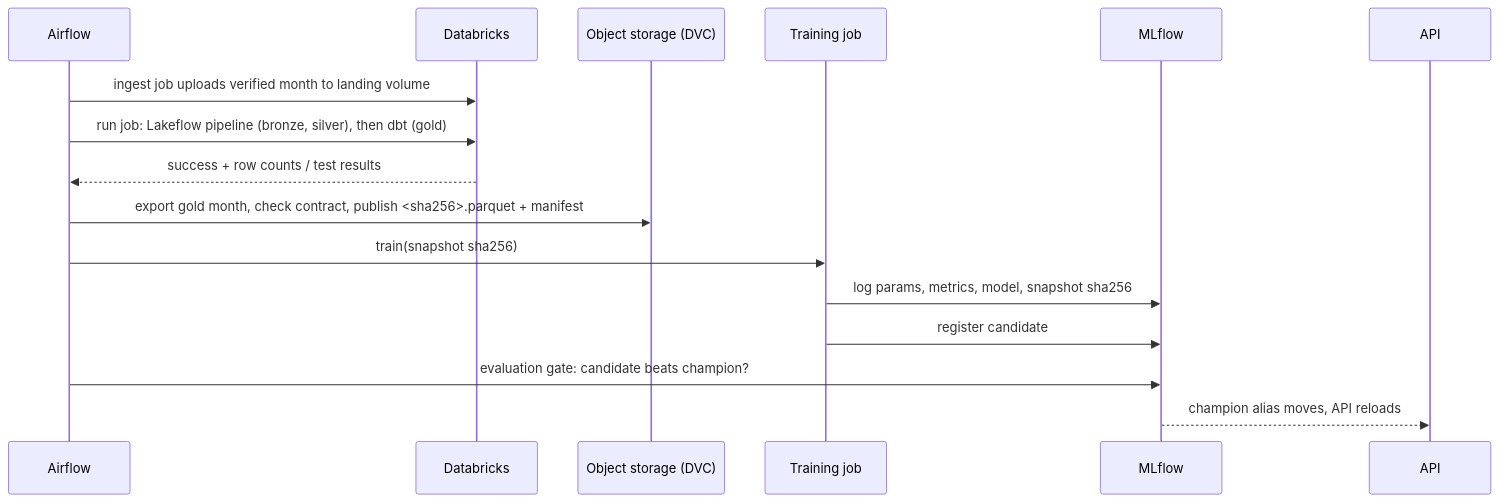
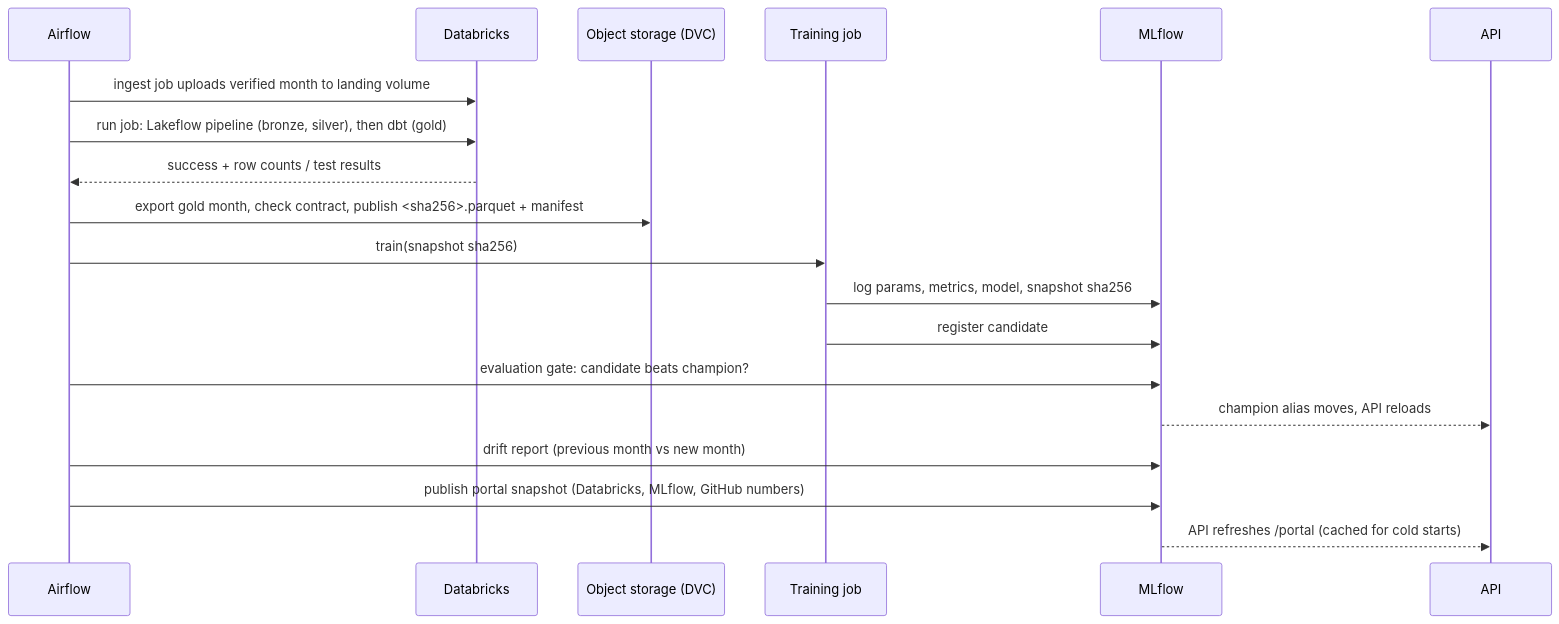
One commit to shadmanArko/nyc-taxi-lakehouse-mlops changed the diagram in docs/architecture.md. Above: the diagram before and after it, drawn with Mermaid. The commit also changed other lines of this file and 48 other files, not shown here.

````diff
--- a/docs/architecture.md
+++ b/docs/architecture.md
@@ -46,19 +51,22 @@
 ```mermaid
 sequenceDiagram
     participant AF as Airflow
     participant DBX as Databricks
     participant OS as Object storage (DVC)
     participant TR as Training job
     participant ML as MLflow
     participant API as API
 
     AF->>DBX: ingest job uploads verified month to landing volume
     AF->>DBX: run job: Lakeflow pipeline (bronze, silver), then dbt (gold)
     DBX-->>AF: success + row counts / test results
     AF->>OS: export gold month, check contract, publish <sha256>.parquet + manifest
     AF->>TR: train(snapshot sha256)
     TR->>ML: log params, metrics, model, snapshot sha256
     TR->>ML: register candidate
     AF->>ML: evaluation gate: candidate beats champion?
     ML-->>API: champion alias moves, API reloads
+    AF->>ML: drift report (previous month vs new month)
+    AF->>ML: publish portal snapshot (Databricks, MLflow, GitHub numbers)
+    ML-->>API: API refreshes /portal (cached for cold starts)
 ```
````
